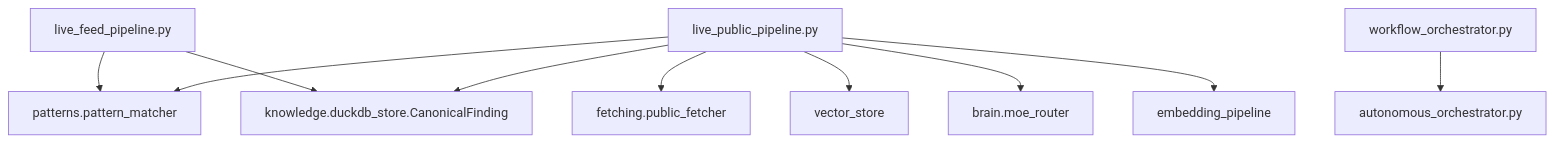
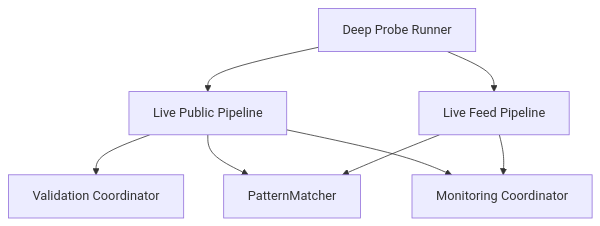
Before and after one commit to Hamulda/hledac-universal: the eighth of 8 diagrams in .qoder/repowiki/en/content/Pipeline System/Pipeline System.md, drawn with Mermaid. The commit also changed other lines of this file and 236 other files, not shown here.

````diff
--- a/.qoder/repowiki/en/content/Pipeline System/Pipeline System.md
+++ b/.qoder/repowiki/en/content/Pipeline System/Pipeline System.md
@@ -315,12 +317,16 @@
 ```mermaid
 graph TB
-LFP["live_feed_pipeline.py"] --> PM["patterns.pattern_matcher"]
-LFP --> DCS["knowledge.duckdb_store.CanonicalFinding"]
-LPP["live_public_pipeline.py"] --> PF["fetching.public_fetcher"]
+LFP["Live Feed Pipeline"]
+LPP["Live Public Pipeline"]
+PM["PatternMatcher"]
+VC["Validation Coordinator"]
+MC["Monitoring Coordinator"]
+DR["Deep Probe Runner"]
+LFP --> PM
 LPP --> PM
-LPP --> DCS
-LPP --> VS["vector_store"]
-LPP --> BR["brain.moe_router"]
-LPP --> EP["embedding_pipeline"]
-WF["workflow_orchestrator.py"] --> AO["autonomous_orchestrator.py"]
+LPP --> VC
+LFP --> MC
+LPP --> MC
+DR --> LPP
+DR --> LFP
 ```
````
